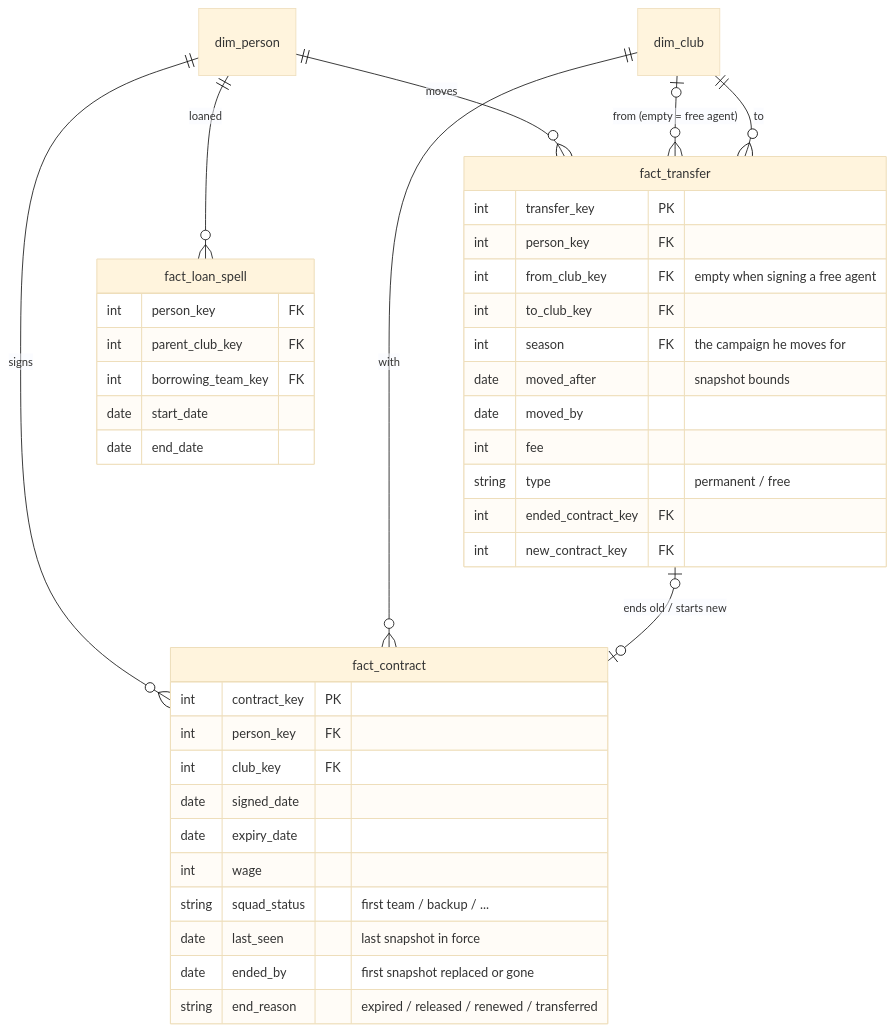
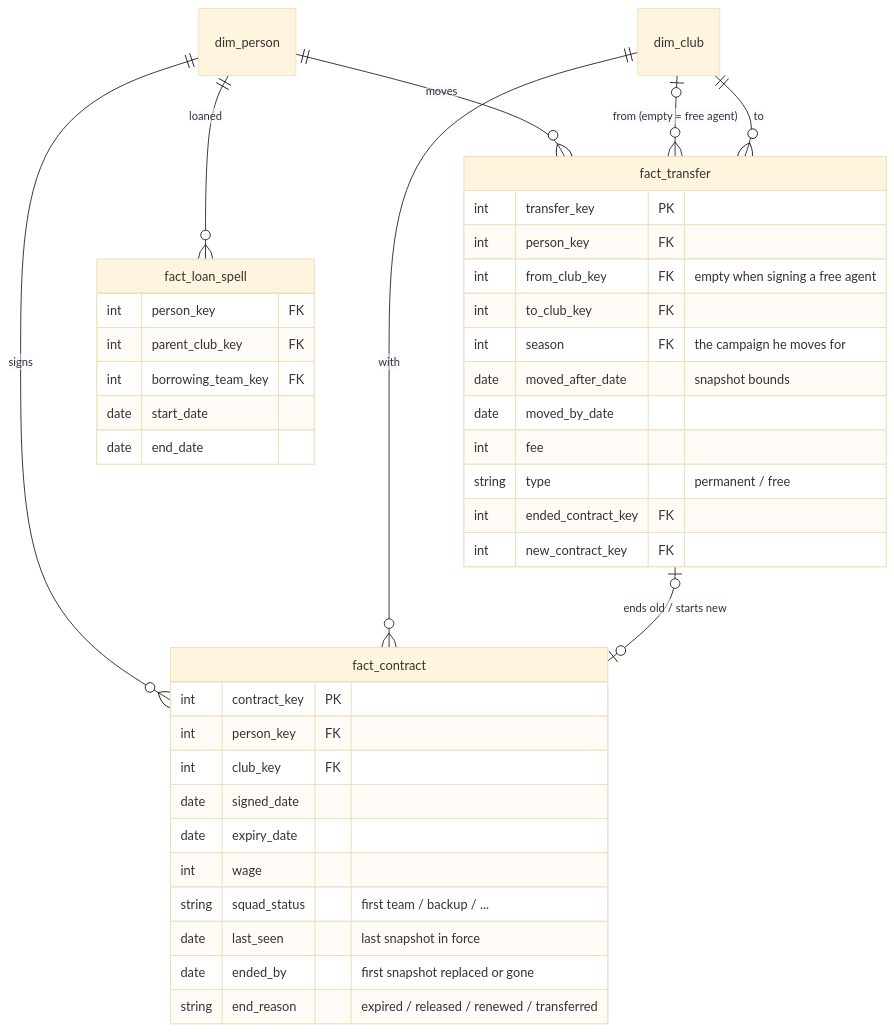
Before and after one commit to ZacHooper/fmm-stats: the diagram in docs/data-model/contract-transfer.md, drawn with Mermaid (base theme). The commit also changed other lines of this file and 21 other files, not shown here.

````diff
--- a/docs/data-model/contract-transfer.md
+++ b/docs/data-model/contract-transfer.md
@@ -11,43 +11,43 @@
 ```mermaid
 erDiagram
     dim_person      ||--o{ fact_contract : "signs"
     dim_club        ||--o{ fact_contract : "with"
     dim_person      ||--o{ fact_transfer : "moves"
     dim_club        |o--o{ fact_transfer : "from (empty = free agent)"
     dim_club        ||--o{ fact_transfer : "to"
     fact_transfer   |o--o| fact_contract : "ends old / starts new"
     dim_person      ||--o{ fact_loan_spell : "loaned"
 
     fact_contract {
         int contract_key PK
         int person_key FK
         int club_key FK
         date signed_date
         date expiry_date
         int wage
         string squad_status "first team / backup / ..."
         date last_seen "last snapshot in force"
         date ended_by "first snapshot replaced or gone"
         string end_reason "expired / released / renewed / transferred"
     }
     fact_transfer {
         int transfer_key PK
         int person_key FK
         int from_club_key FK "empty when signing a free agent"
         int to_club_key FK
         int season FK "the campaign he moves for"
-        date moved_after "snapshot bounds"
-        date moved_by
+        date moved_after_date "snapshot bounds"
+        date moved_by_date
         int fee
         string type "permanent / free"
         int ended_contract_key FK
         int new_contract_key FK
     }
     fact_loan_spell {
         int person_key FK
         int parent_club_key FK
         int borrowing_team_key FK
         date start_date
         date end_date
     }
 ```
````
